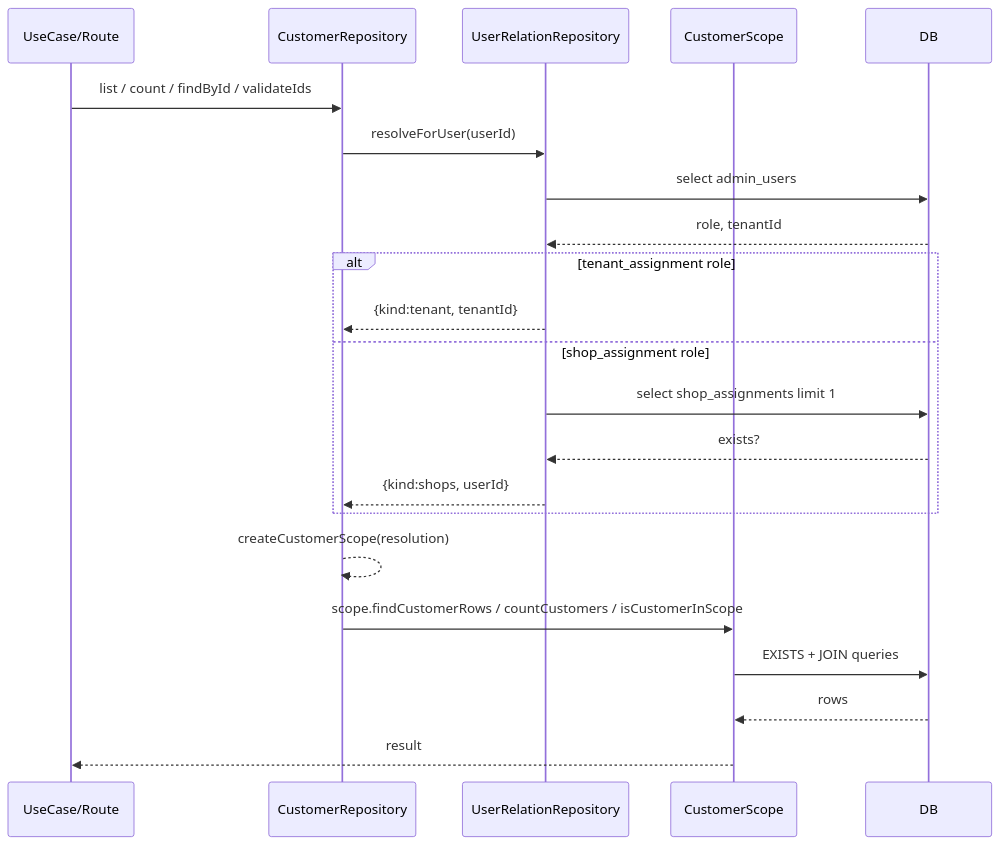
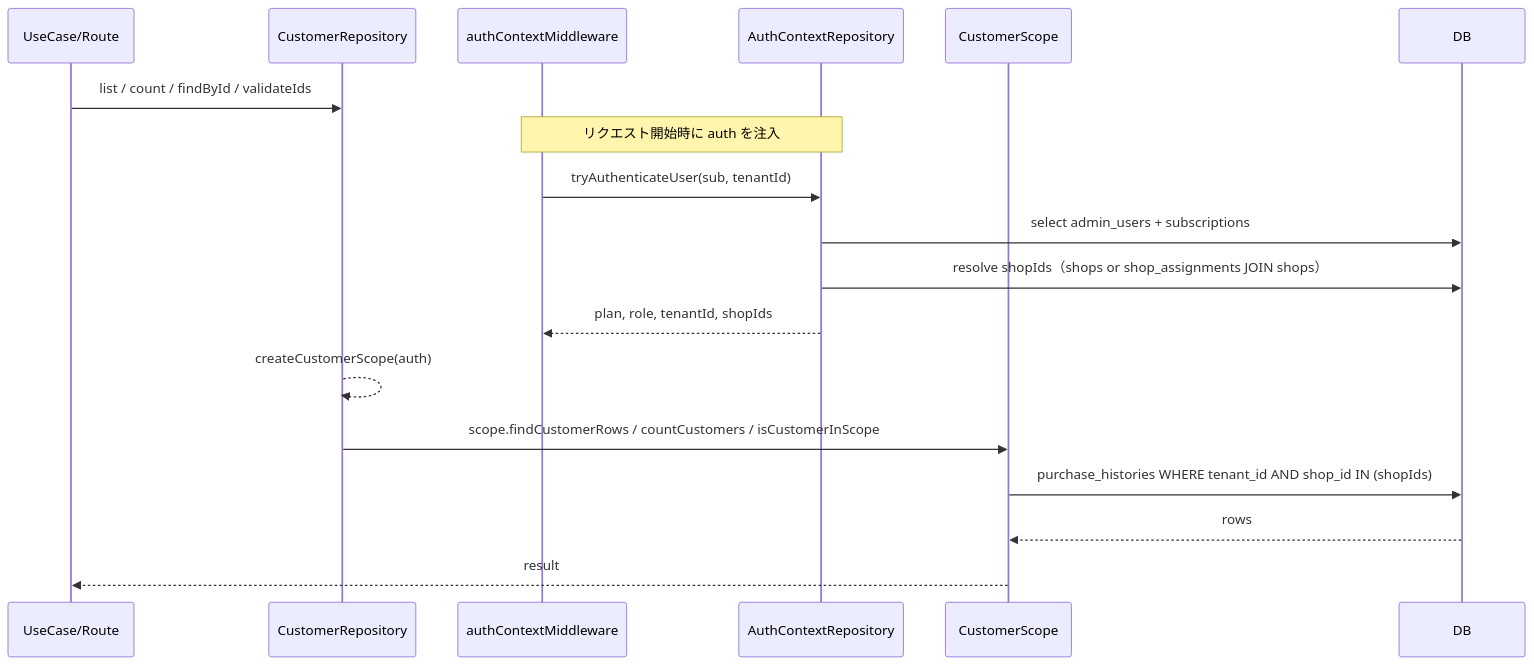
The second of 2 diagrams in specs/architecture/05-list-scopes.md (r-sugi/permisson-demo), drawn with Mermaid before and after one commit. The commit also changed other lines of this file and 21 other files, not shown here.

````diff
--- a/specs/architecture/05-list-scopes.md
+++ b/specs/architecture/05-list-scopes.md
@@ -44,25 +44,21 @@
 ```mermaid
 sequenceDiagram
   participant UseCase as UseCase/Route
   participant Repo as CustomerRepository
-  participant Rel as UserRelationRepository
+  participant Auth as authContextMiddleware
+  participant AuthRepo as AuthContextRepository
   participant Scope as CustomerScope
   participant DB as DB
 
   UseCase->>Repo: list / count / findById / validateIds
-  Repo->>Rel: resolveForUser(userId)
-  Rel->>DB: select admin_users
-  DB-->>Rel: role, tenantId
-  alt tenant_assignment role
-    Rel-->>Repo: {kind:tenant, tenantId}
-  else shop_assignment role
-    Rel->>DB: select shop_assignments limit 1
-    DB-->>Rel: exists?
-    Rel-->>Repo: {kind:shops, userId}
-  end
-  Repo-->>Repo: createCustomerScope(resolution)
+  Note over Auth,AuthRepo: リクエスト開始時に auth を注入
+  Auth->>AuthRepo: tryAuthenticateUser(sub, tenantId)
+  AuthRepo->>DB: select admin_users + subscriptions
+  AuthRepo->>DB: resolve shopIds（shops or shop_assignments JOIN shops）
+  AuthRepo-->>Auth: plan, role, tenantId, shopIds
+  Repo-->>Repo: createCustomerScope(auth)
   Repo->>Scope: scope.findCustomerRows / countCustomers / isCustomerInScope
-  Scope->>DB: EXISTS + JOIN queries
+  Scope->>DB: purchase_histories WHERE tenant_id AND shop_id IN (shopIds)
   DB-->>Scope: rows
   Scope-->>UseCase: result
 ```
````
